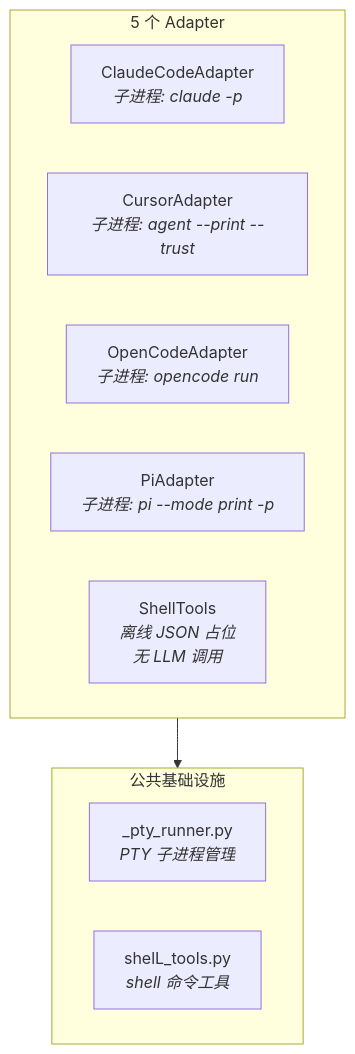
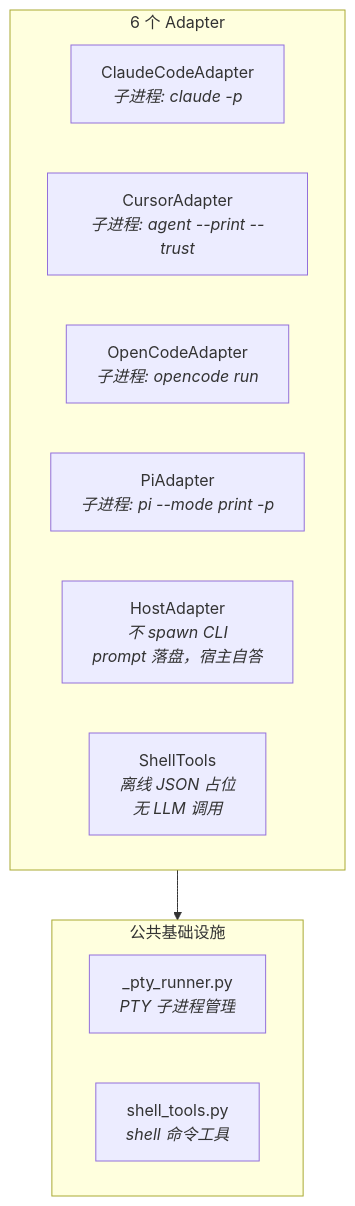
The tenth of 14 diagrams in README.md (KevinZhangNothing/swe-review-plugin), drawn with Mermaid before and after one commit. The commit also changed other lines of this file and 48 other files, not shown here.

````diff
--- a/README.md
+++ b/README.md
@@ -533,17 +544,18 @@
 ```mermaid
 flowchart TB
-    subgraph Adapters["5 个 Adapter"]
+    subgraph Adapters["6 个 Adapter"]
         CCA["ClaudeCodeAdapter<br/><i>子进程: claude -p</i>"]
         CA["CursorAdapter<br/><i>子进程: agent --print --trust</i>"]
         OA["OpenCodeAdapter<br/><i>子进程: opencode run</i>"]
         PA["PiAdapter<br/><i>子进程: pi --mode print -p</i>"]
+        HA["HostAdapter<br/><i>不 spawn CLI<br/>prompt 落盘，宿主自答</i>"]
         ST["ShellTools<br/><i>离线 JSON 占位<br/>无 LLM 调用</i>"]
     end
 
     subgraph Common["公共基础设施"]
         BP[_pty_runner.py<br/><i>PTY 子进程管理</i>]
-        SB[shelL_tools.py<br/><i>shell 命令工具</i>]
+        SB[shell_tools.py<br/><i>shell 命令工具</i>]
     end
 
     Adapters --> Common
 ```
````
